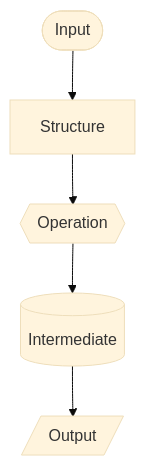
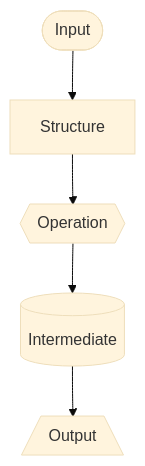
The first of 5 diagrams in papers/programming-framework-paper/current-draft.md (garywelz/progframe), drawn with Mermaid (base theme) before and after one commit. The commit also changed other lines of this file and 2 other files, not shown here.

First line of the commit message:
Paper draft: GitHub Mermaid fences and cursor rule for build pipeline

````diff
--- a/papers/programming-framework-paper/current-draft.md
+++ b/papers/programming-framework-paper/current-draft.md
@@ -160,7 +159,7 @@
 ```mermaid
 flowchart TD
 A([Input]) --> B[Structure]
 B --> C{{Operation}}
 C --> D[(Intermediate)]
-D --> E[/Output/]
+D --> E[/Output\]
 ```
````
